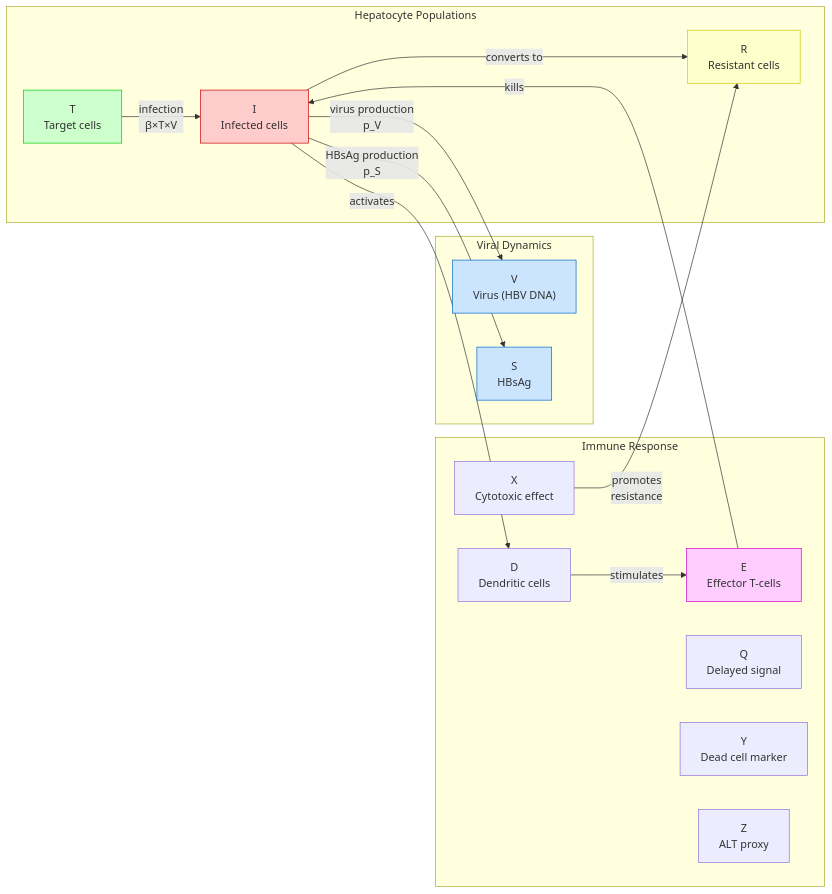
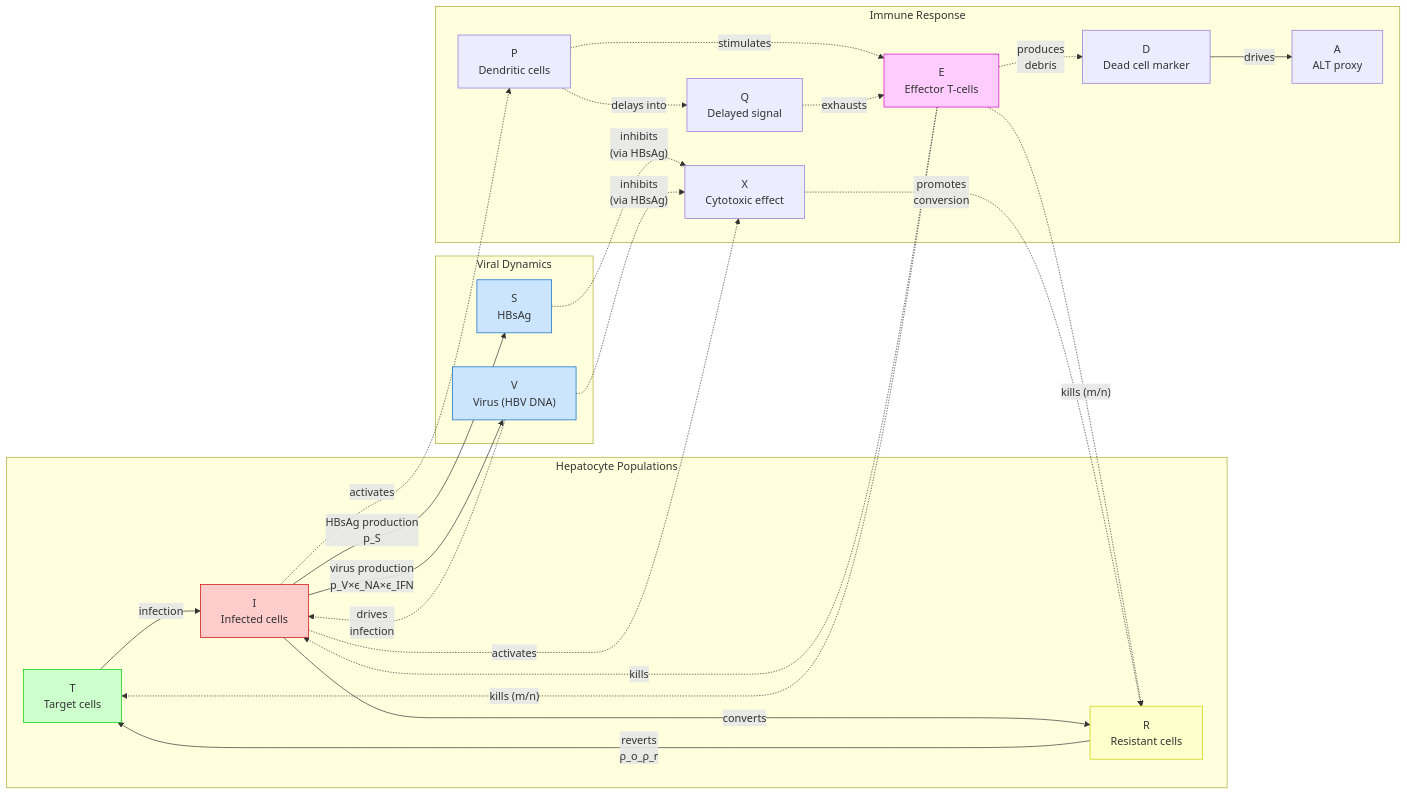
One commit to PumasAI-Labs/PumasInSilicoClinicalTrials changed the diagram in tutorials/hbv_01_model_introduction_tutorial.qmd. Above: the diagram before and after it, drawn with Mermaid. The commit also changed 2 other files, not shown here.

Commit message:
Improve TB01, HBV01, TB02

````diff
--- a/tutorials/hbv_01_model_introduction_tutorial.qmd
+++ b/tutorials/hbv_01_model_introduction_tutorial.qmd
@@ -123,39 +123,53 @@
 ```{mermaid}
 %%| echo: false
 flowchart LR
     subgraph Hepatocytes ["Hepatocyte Populations"]
         T["T<br/>Target cells"]
         I["I<br/>Infected cells"]
         R["R<br/>Resistant cells"]
     end
 
     subgraph Viral ["Viral Dynamics"]
         V["V<br/>Virus (HBV DNA)"]
         S["S<br/>HBsAg"]
     end
 
     subgraph Immune ["Immune Response"]
         E["E<br/>Effector T-cells"]
-        D["D<br/>Dendritic cells"]
+        P["P<br/>Dendritic cells"]
         Q["Q<br/>Delayed signal"]
         X["X<br/>Cytotoxic effect"]
-        Y["Y<br/>Dead cell marker"]
-        Z["Z<br/>ALT proxy"]
+        D["D<br/>Dead cell marker"]
+        A["A<br/>ALT proxy"]
     end
 
-    T -->|"infection<br/>β×T×V"| I
-    I -->|"virus production<br/>p_V"| V
+    %% Mass flow (solid): production, conversion, transfer
+    T -->|"infection"| I
+    I -->|"converts"| R
+    R -->|"reverts<br/>ρ_o_ρ_r"| T
+    I -->|"virus production<br/>p_V×ϵ_NA×ϵ_IFN"| V
     I -->|"HBsAg production<br/>p_S"| S
-    I -->|"activates"| D
-    D -->|"stimulates"| E
-    E -->|"kills"| I
-    I -->|"converts to"| R
-    X -->|"promotes<br/>resistance"| R
+    D -->|"drives"| A
+
+    %% Modulation (dashed): catalysis, activation, inhibition
+    V -.->|"drives<br/>infection"| I
+    E -.->|"kills"| I
+    E -.->|"kills (m/n)"| T
+    E -.->|"kills (m/n)"| R
+    X -.->|"promotes<br/>conversion"| R
+    E -.->|"produces<br/>debris"| D
+    I -.->|"activates"| P
+    P -.->|"stimulates"| E
+    P -.->|"delays into"| Q
+    Q -.->|"exhausts"| E
+    I -.->|"activates"| X
+    S -.->|"inhibits<br/>(via HBsAg)"| X
+    V -.->|"inhibits<br/>(via HBsAg)"| X
 
     style T fill:#ccffcc,stroke:#00cc00
     style I fill:#ffcccc,stroke:#cc0000
     style R fill:#ffffcc,stroke:#cccc00
     style V fill:#cce5ff,stroke:#0066cc
     style S fill:#cce5ff,stroke:#0066cc
     style E fill:#ffccff,stroke:#cc00cc
 ```
````
